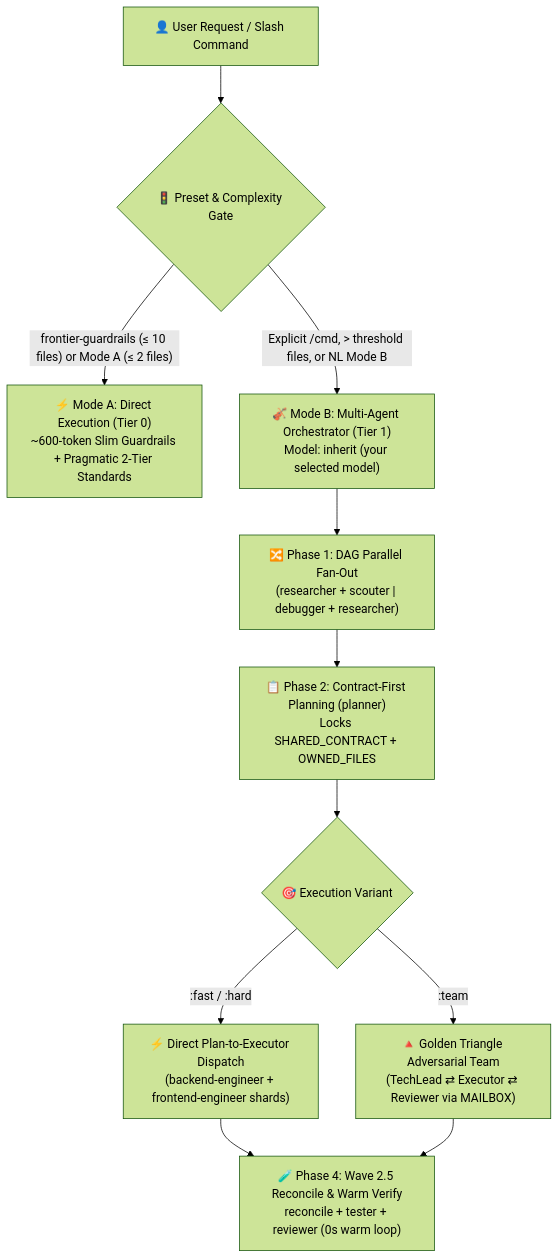
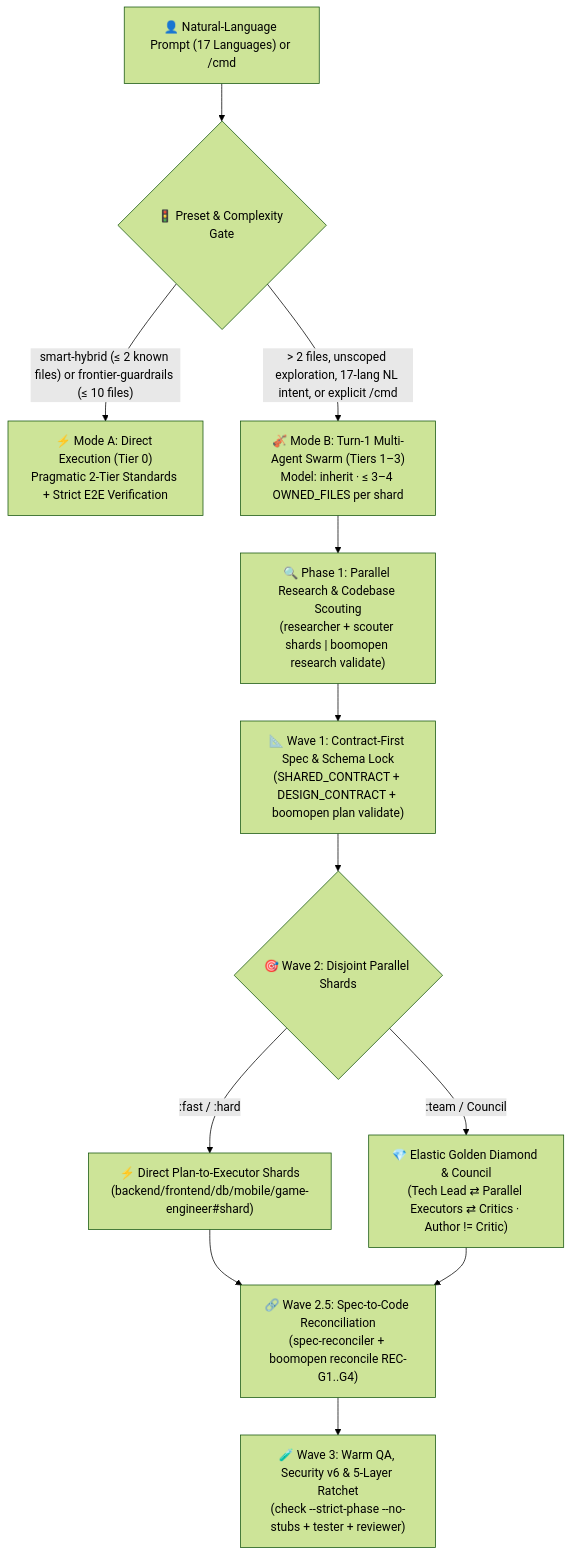
Before and after one commit to Kennyboom/BoomOpen-Workflow-Kit-Pro: the diagram in README.md, drawn with Mermaid (forest theme). The commit also changed other lines of this file and 21 other files, not shown here.

````diff
--- a/README.md
+++ b/README.md
@@ -79,16 +94,17 @@
 ```mermaid
 flowchart TD
-    User["👤 User Request / Slash Command"] --> Gate{"🚦 Preset & Complexity Gate"}
-    Gate -->|"frontier-guardrails (≤ 10 files) or Mode A (≤ 2 files)"| ModeA["⚡ Mode A: Direct Execution (Tier 0)<br/>~600-token Slim Guardrails + Pragmatic 2-Tier Standards"]
-    Gate -->|"Explicit /cmd, > threshold files, or NL Mode B"| ModeB["🎻 Mode B: Multi-Agent Orchestrator (Tier 1)<br/>Model: inherit (your selected model)"]
+    User["👤 Natural-Language Prompt (17 Languages) or /cmd"] --> Gate{"🚦 Preset & Complexity Gate"}
+    Gate -->|"smart-hybrid (≤ 2 known files) or frontier-guardrails (≤ 10 files)"| ModeA["⚡ Mode A: Direct Execution (Tier 0)<br/>Pragmatic 2-Tier Standards + Strict E2E Verification"]
+    Gate -->|"> 2 files, unscoped exploration, 17-lang NL intent, or explicit /cmd"| ModeB["🎻 Mode B: Turn-1 Multi-Agent Swarm (Tiers 1–3)<br/>Model: inherit · ≤ 3–4 OWNED_FILES per shard"]
 
-    ModeB --> FanOut["🔀 Phase 1: DAG Parallel Fan-Out<br/>(researcher + scouter | debugger + researcher)"]
-    FanOut --> Plan["📋 Phase 2: Contract-First Planning (planner)<br/>Locks SHARED_CONTRACT + OWNED_FILES"]
-    Plan --> Dispatch{"🎯 Execution Variant"}
+    ModeB --> Wave0["🔍 Phase 1: Parallel Research & Codebase Scouting<br/>(researcher + scouter shards | boomopen research validate)"]
+    Wave0 --> Wave1["📐 Wave 1: Contract-First Spec & Schema Lock<br/>(SHARED_CONTRACT + DESIGN_CONTRACT + boomopen plan validate)"]
+    Wave1 --> Wave2{"🎯 Wave 2: Disjoint Parallel Shards"}
 
-    Dispatch -->|":fast / :hard"| Direct["⚡ Direct Plan-to-Executor Dispatch<br/>(backend-engineer + frontend-engineer shards)"]
-    Dispatch -->|":team"| Triangle["🔺 Golden Triangle Adversarial Team<br/>(TechLead ⇄ Executor ⇄ Reviewer via MAILBOX)"]
+    Wave2 -->|":fast / :hard"| Direct["⚡ Direct Plan-to-Executor Shards<br/>(backend/frontend/db/mobile/game-engineer#shard)"]
+    Wave2 -->|":team / Council"| Diamond["💎 Elastic Golden Diamond & Council<br/>(Tech Lead ⇄ Parallel Executors ⇄ Critics · Author != Critic)"]
 
-    Direct --> Verify["🧪 Phase 4: Wave 2.5 Reconcile & Warm Verify<br/>reconcile + tester + reviewer (0s warm loop)"]
-    Triangle --> Verify
+    Direct --> Wave25["🔗 Wave 2.5: Spec-to-Code Reconciliation<br/>(spec-reconciler + boomopen reconcile REC-G1..G4)"]
+    Diamond --> Wave25
+    Wave25 --> Wave3["🧪 Wave 3: Warm QA, Security v6 & 5-Layer Ratchet<br/>(check --strict-phase --no-stubs + tester + reviewer)"]
 ```
````
